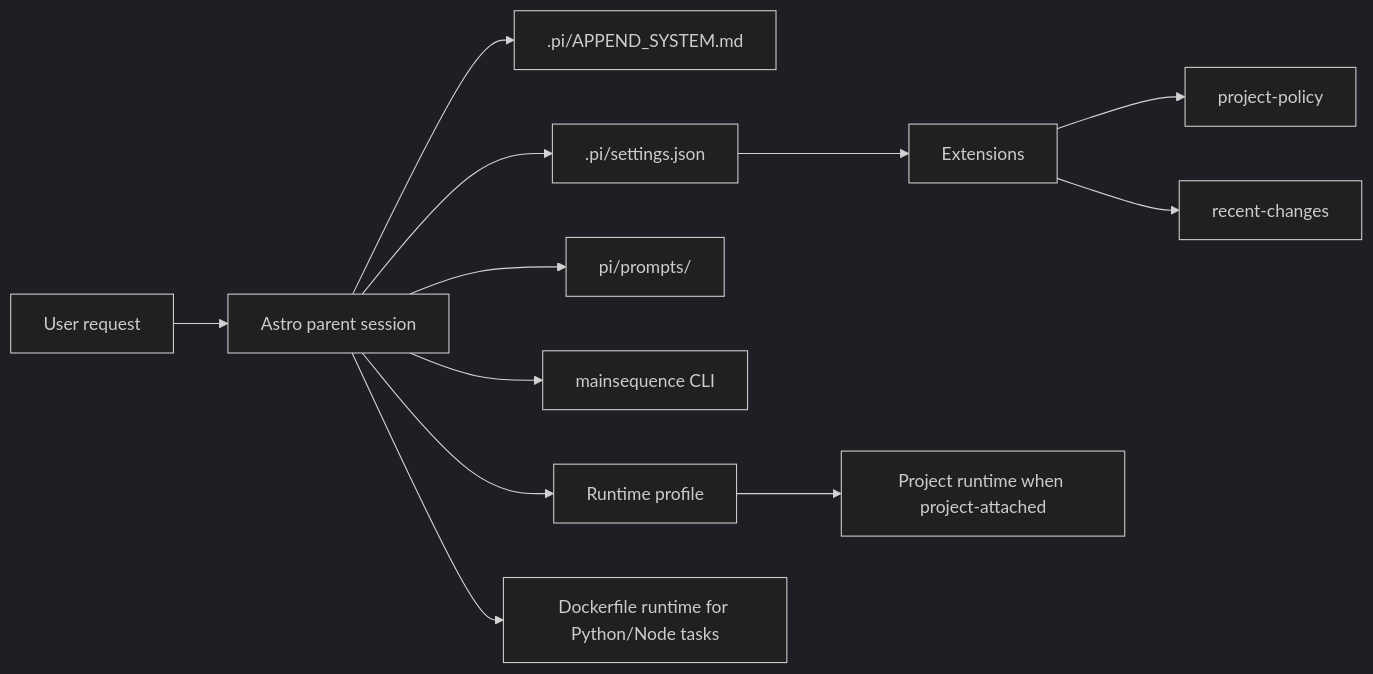
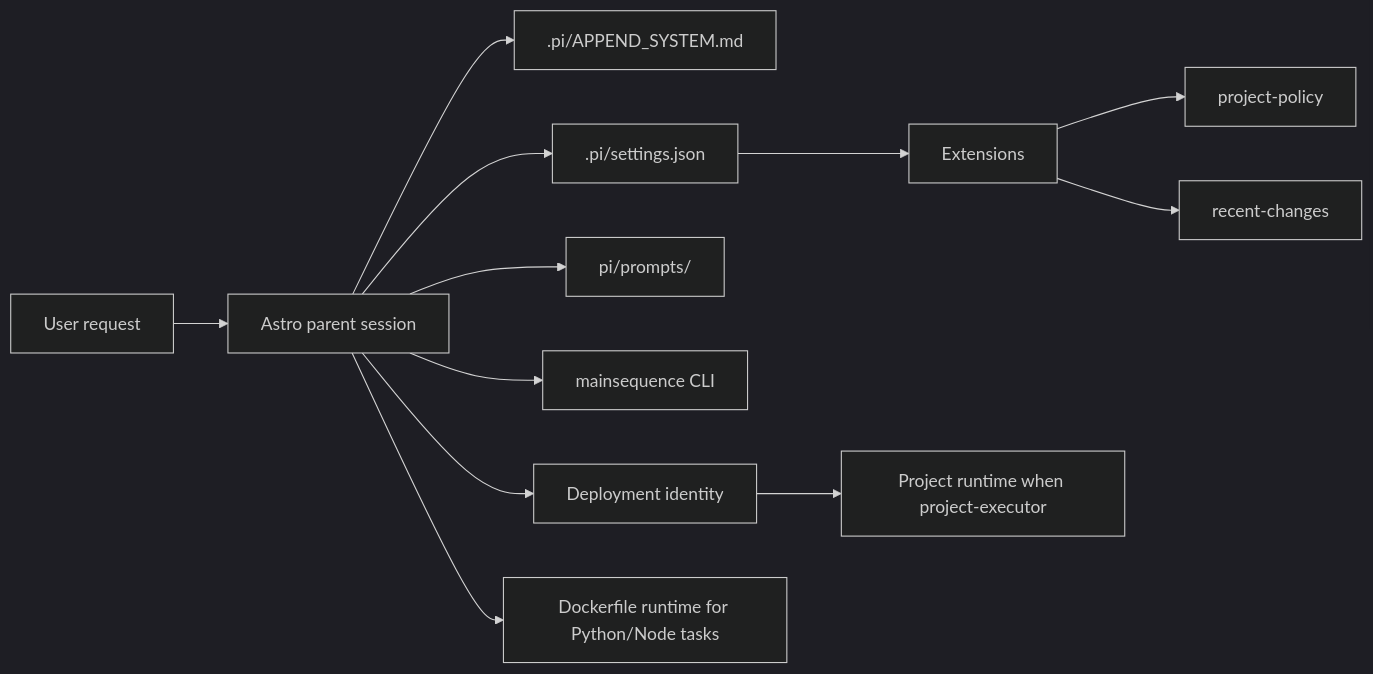
The diagram in docs/README.md (mainsequence-sdk/ms-tau-sdk), drawn with Mermaid (dark theme) before and after one commit. The commit also changed other lines of this file and 14 other files, not shown here.

````diff
--- a/docs/README.md
+++ b/docs/README.md
@@ -25,18 +25,18 @@
 ```mermaid
 flowchart LR
     U["User request"] --> P["Astro parent session"]
     P --> SYS[".pi/APPEND_SYSTEM.md"]
     P --> SET[".pi/settings.json"]
     SET --> EXT["Extensions"]
 
     EXT --> PP["project-policy"]
     EXT --> RC["recent-changes"]
 
     P --> PROMPTS["pi/prompts/"]
     P --> CLI["mainsequence CLI"]
 
-    P --> PROFILE["Runtime profile"]
-    PROFILE --> TARGET["Project runtime when project-attached"]
+    P --> IDENTITY["Deployment identity"]
+    IDENTITY --> TARGET["Project runtime when project-executor"]
 
     P --> DOCKER["Dockerfile runtime for Python/Node tasks"]
 ```
````
